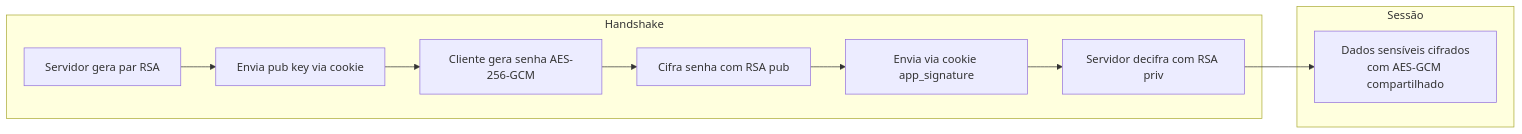
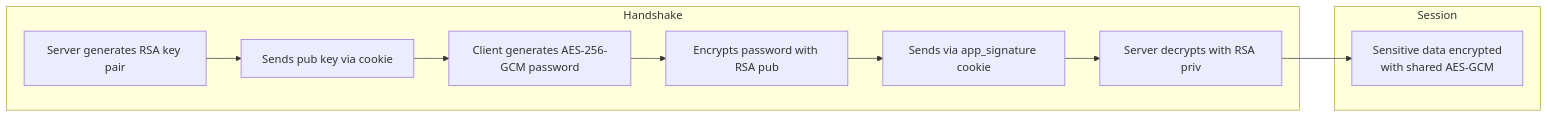
The seventh of 9 diagrams in docs/architecture-react.md (mrcdom/wdc-cube-kotlin), drawn with Mermaid before and after one commit. The commit also changed other lines of this file and 10 other files, not shown here.

First line of the commit message:
docs: architecture docs and top-level READMEs in US English

````diff
--- a/docs/architecture-react.md
+++ b/docs/architecture-react.md
@@ -330,14 +330,14 @@
 ```mermaid
 graph LR
     subgraph "Handshake"
-        A["Servidor gera par RSA"] --> B["Envia pub key via cookie"]
-        B --> C["Cliente gera senha AES-256-GCM"]
-        C --> D["Cifra senha com RSA pub"]
-        D --> E["Envia via cookie app_signature"]
-        E --> F["Servidor decifra com RSA priv"]
+        A["Server generates RSA key pair"] --> B["Sends pub key via cookie"]
+        B --> C["Client generates AES-256-GCM password"]
+        C --> D["Encrypts password with RSA pub"]
+        D --> E["Sends via app_signature cookie"]
+        E --> F["Server decrypts with RSA priv"]
     end
 
-    subgraph "Sessão"
-        F --> G["Dados sensíveis cifrados<br/>com AES-GCM compartilhado"]
+    subgraph "Session"
+        F --> G["Sensitive data encrypted<br/>with shared AES-GCM"]
     end
 ```
````
